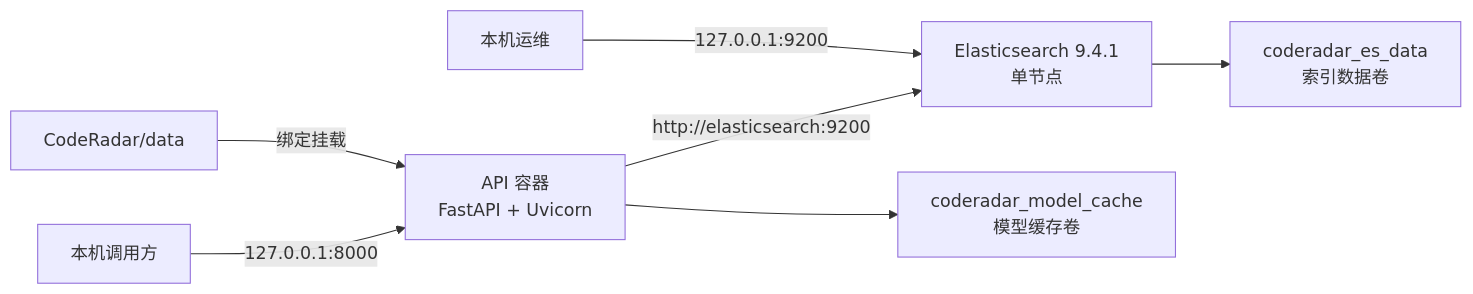
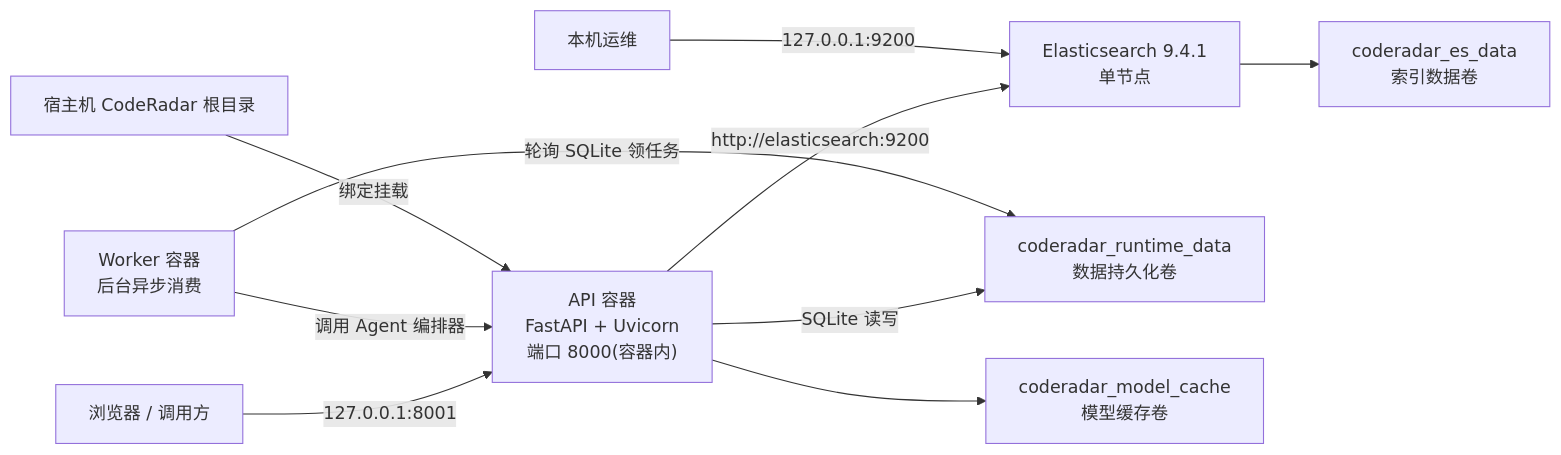
One commit to magician336/competitor-analysis-system changed the diagram in docs/部署文档.md. Above: the diagram before and after it, drawn with Mermaid. The commit also changed other lines of this file and 7 other files, not shown here.

First line of the commit message:
feat: CodeRadar Docker 一键部署方案

````diff
--- a/docs/部署文档.md
+++ b/docs/部署文档.md
@@ -13,9 +17,12 @@
 ```mermaid
 flowchart LR
-    U["本机调用方"] -->|"127.0.0.1:8000"| A["API 容器<br/>FastAPI + Uvicorn"]
+    U["浏览器 / 调用方"] -->|"127.0.0.1:8001"| A["API 容器<br/>FastAPI + Uvicorn<br/>端口 8000(容器内)"]
     A -->|"http://elasticsearch:9200"| E["Elasticsearch 9.4.1<br/>单节点"]
-    H["CodeRadar/data"] -->|"绑定挂载"| A
+    A -->|"SQLite 读写"| D["coderadar_runtime_data<br/>数据持久化卷"]
+    W["Worker 容器<br/>后台异步消费"] -->|"轮询 SQLite 领任务"| D
+    W -->|"调用 Agent 编排器"| A
+    H["宿主机 CodeRadar 根目录"] -->|"绑定挂载"| A
     A --> M["coderadar_model_cache<br/>模型缓存卷"]
     E --> V["coderadar_es_data<br/>索引数据卷"]
     L["本机运维"] -->|"127.0.0.1:9200"| E
 ```
````
